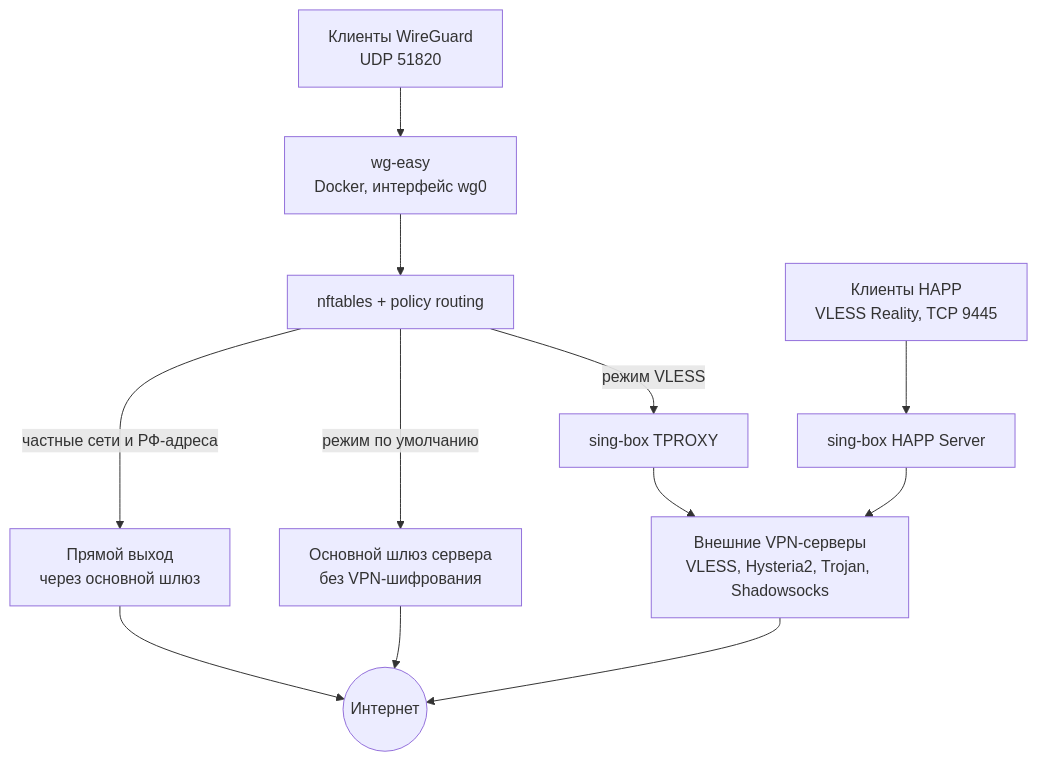
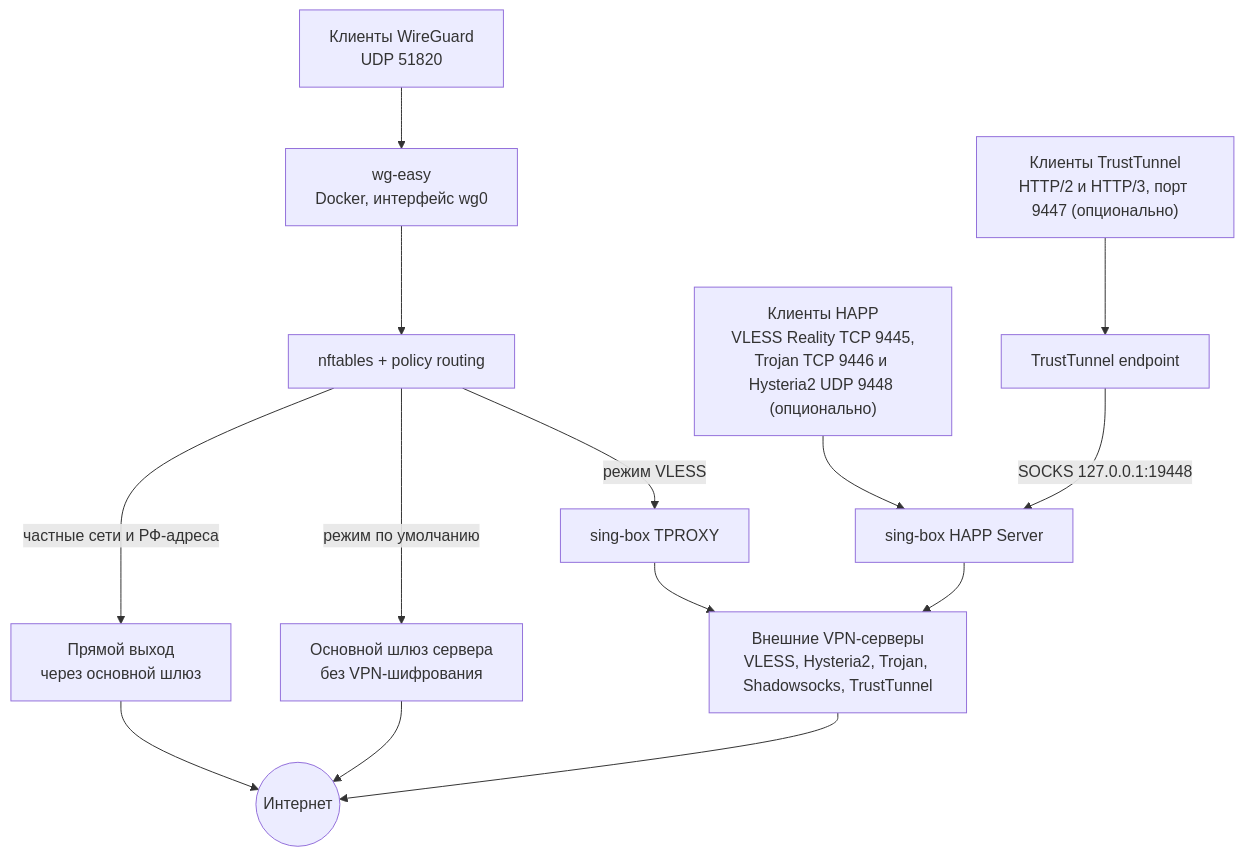
Before and after one commit to DgekStr/FocusVPN: the first of 2 diagrams in README.md, drawn with Mermaid. The commit also changed other lines of this file and 34 other files, not shown here.

````diff
--- a/README.md
+++ b/README.md
@@ -171,14 +184,16 @@
 ```mermaid
 flowchart TB
     WGC["Клиенты WireGuard<br/>UDP 51820"] --> WGE["wg-easy<br/>Docker, интерфейс wg0"]
     WGE --> FW["nftables + policy routing"]
     FW -->|"частные сети и РФ-адреса"| DIRECT["Прямой выход<br/>через основной шлюз"]
     FW -->|"режим VLESS"| TP["sing-box TPROXY"]
     FW -->|"режим по умолчанию"| DEF["Основной шлюз сервера<br/>без VPN-шифрования"]
-    TP --> PROVIDERS["Внешние VPN-серверы<br/>VLESS, Hysteria2, Trojan, Shadowsocks"]
-    HAPPC["Клиенты HAPP<br/>VLESS Reality, TCP 9445"] --> HS["sing-box HAPP Server"]
+    TP --> PROVIDERS["Внешние VPN-серверы<br/>VLESS, Hysteria2, Trojan, Shadowsocks, TrustTunnel"]
+    HAPPC["Клиенты HAPP<br/>VLESS Reality TCP 9445,<br/>Trojan TCP 9446 и Hysteria2 UDP 9448 (опционально)"] --> HS["sing-box HAPP Server"]
+    TTC["Клиенты TrustTunnel<br/>HTTP/2 и HTTP/3, порт 9447 (опционально)"] --> TT["TrustTunnel endpoint"]
+    TT -->|"SOCKS 127.0.0.1:19448"| HS
     HS --> PROVIDERS
     DIRECT --> NET(("Интернет"))
     DEF --> NET
     PROVIDERS --> NET
 ```
````
